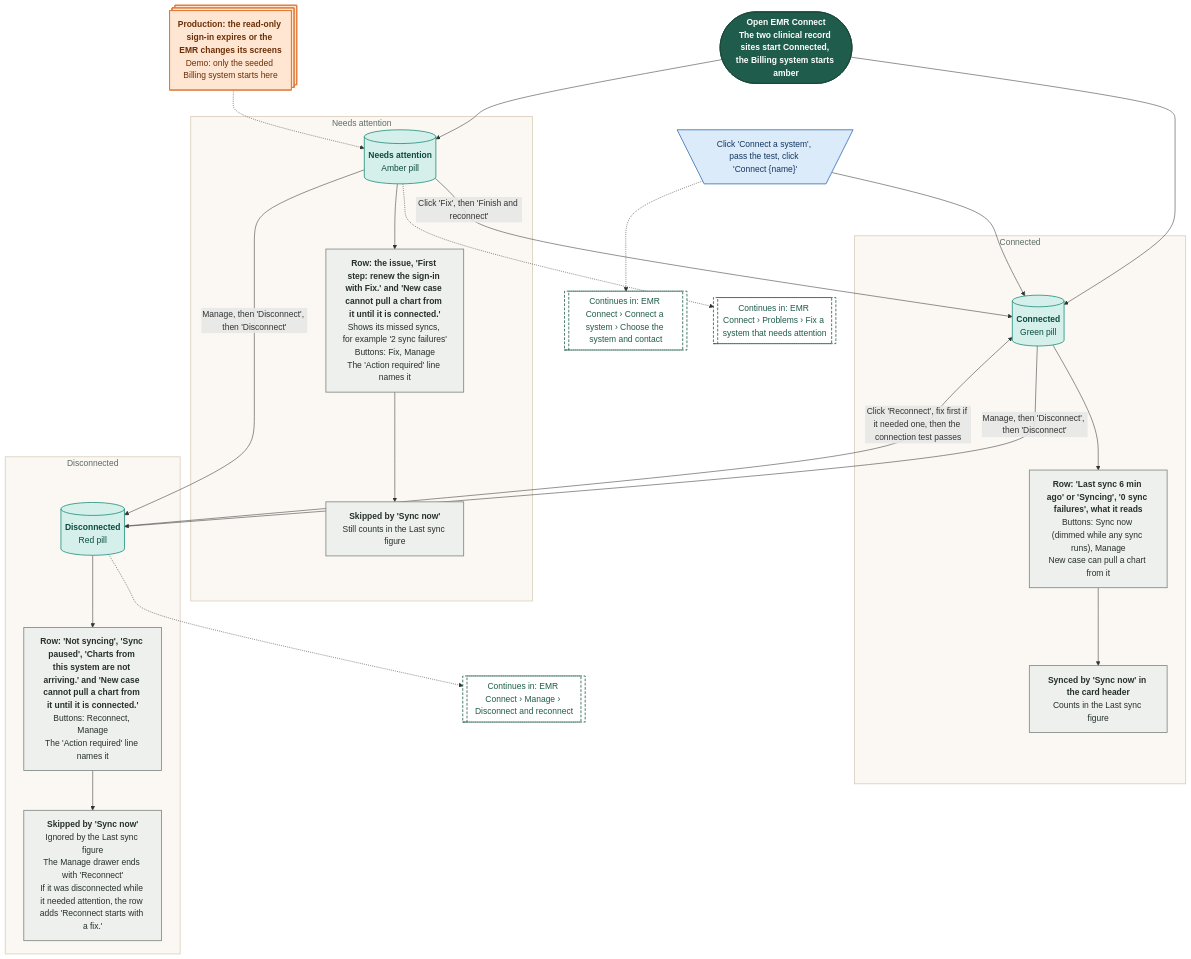
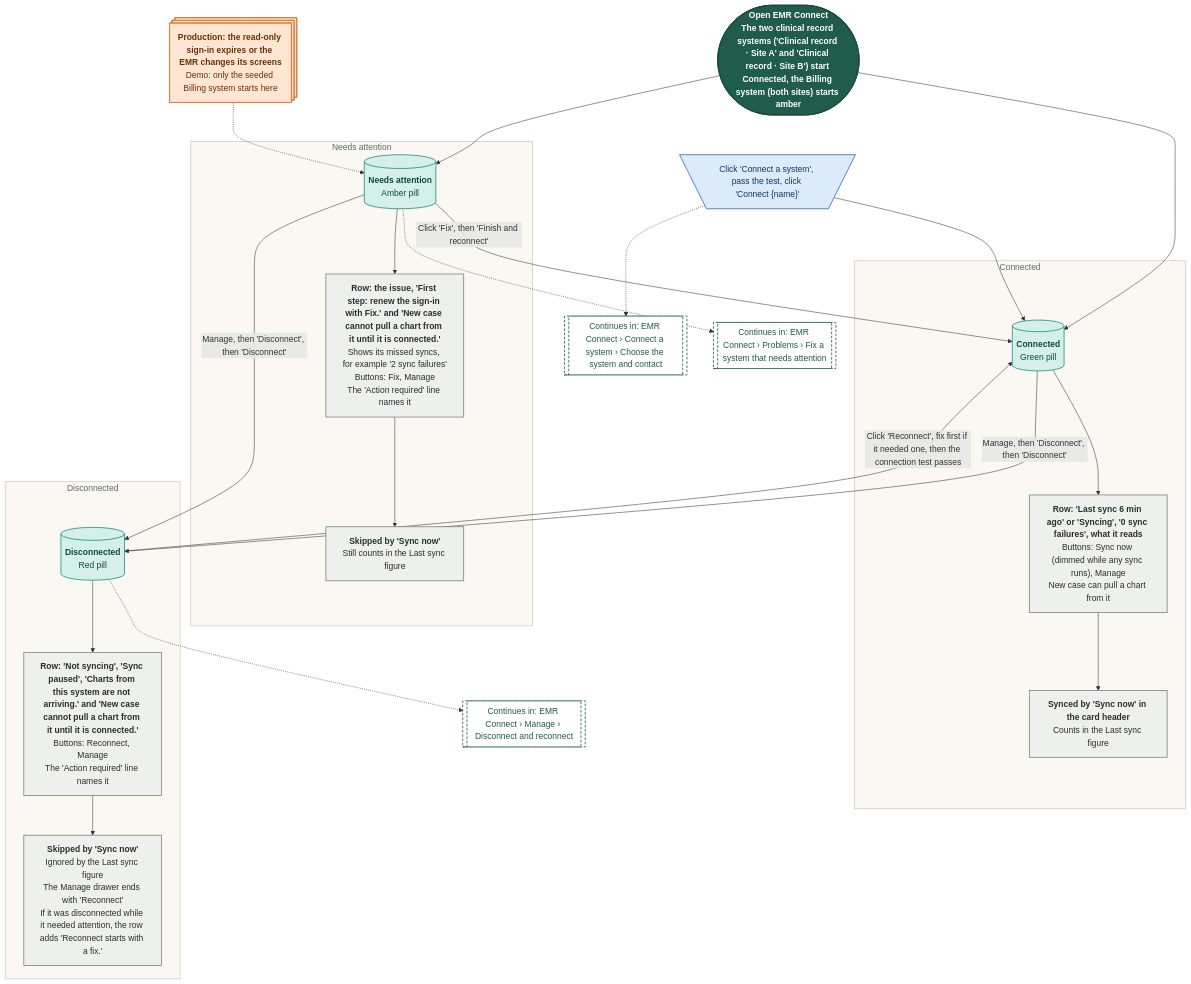
The fourth of 21 diagrams in demos/prior-auth-demo/workflows/out/md/09-emr-connect.md (Shrav143/psyfloapp), drawn with Mermaid before and after one commit. The commit also changed other lines of this file and 251 other files, not shown here.

First line of the commit message:
docs: rebuild the workflow diagrams (291) for round 4

````diff
--- a/demos/prior-auth-demo/workflows/out/md/09-emr-connect.md
+++ b/demos/prior-auth-demo/workflows/out/md/09-emr-connect.md
@@ -196,63 +278,63 @@
 ```mermaid
 %%{init: {"theme":"base","themeVariables":{"fontFamily":"'DM Sans', 'Segoe UI', system-ui, sans-serif","fontSize":"15px","lineColor":"#5B6B63","primaryTextColor":"#1C2B25","clusterBkg":"#FBF8F3","clusterBorder":"#D9CDBB","edgeLabelBackground":"#FFFFFF"},"flowchart":{"curve":"basis","nodeSpacing":36,"rankSpacing":48,"padding":12,"htmlLabels":true,"useMaxWidth":false,"wrappingWidth":230}} }%%
 flowchart TD
   classDef k_start fill:#1F5C4B,stroke:#174638,color:#FFFFFF,stroke-width:1.5px,font-weight:600
   classDef k_end fill:#DDEFE3,stroke:#2E7D4F,color:#14502F,stroke-width:1.5px,font-weight:600
   classDef k_endx fill:#FBE3E0,stroke:#C0392B,color:#7A1F16,stroke-width:1.5px,font-weight:600
   classDef k_screen fill:#FFFDF8,stroke:#1F5C4B,color:#1C2B25,stroke-width:2px
   classDef k_overlay fill:#F1F7F3,stroke:#1F5C4B,color:#1C2B25,stroke-width:2px,stroke-dasharray:5 3
   classDef k_click fill:#DCEBFA,stroke:#2F6DB5,color:#12365F,stroke-width:1.5px
   classDef k_input fill:#E4E7FF,stroke:#4C5FD5,color:#1D2670,stroke-width:1.5px
   classDef k_process fill:#EEF0EE,stroke:#7A857F,color:#26302B,stroke-width:1.5px
   classDef k_agent fill:#EEE5FA,stroke:#7A4FC2,color:#341A63,stroke-width:1.5px
   classDef k_decision fill:#FFF0CC,stroke:#D9962B,color:#5C3B00,stroke-width:1.5px
   classDef k_store fill:#D5F0EA,stroke:#1C8E7B,color:#0B4A3F,stroke-width:1.5px
   classDef k_doc fill:#F6E9DC,stroke:#B07A4C,color:#4A2E14,stroke-width:1.5px
   classDef k_ext fill:#FFE6D2,stroke:#E07B39,color:#6B2F06,stroke-width:1.5px
   classDef k_wait fill:#E4E8EE,stroke:#6B7C93,color:#26303D,stroke-width:1.5px
   classDef k_toast fill:#FFF9DB,stroke:#C9A400,color:#5A4A00,stroke-width:1.5px
   classDef k_goto fill:#FFFFFF,stroke:#1F5C4B,color:#1F5C4B,stroke-width:1.5px,stroke-dasharray:5 3
-  s0@{ shape: stadium, label: "<b>Open EMR Connect</b><br/>The two clinical record sites start Connected, the Billing system starts amber" }
+  s0@{ shape: stadium, label: "<b>Open EMR Connect</b><br/>The two clinical record systems ('Clinical record · Site A' and 'Clinical record · Site B') start Connected, the Billing system (both sites) starts amber" }
   n1@{ shape: trap-t, label: "Click 'Connect a system', pass the test, click 'Connect {name}'" }
   n2@{ shape: st-rect, label: "<b>Production: the read-only sign-in expires or the EMR changes its screens</b><br/>Demo: only the seeded Billing system starts here" }
   subgraph gC ["Connected"]
   sc@{ shape: cyl, label: "<b>Connected</b><br/>Green pill" }
   c1@{ shape: rect, label: "<b>Row: 'Last sync 6 min ago' or 'Syncing', '0 sync failures', what it reads</b><br/>Buttons: Sync now (dimmed while any sync runs), Manage<br/>New case can pull a chart from it" }
   c2@{ shape: rect, label: "<b>Synced by 'Sync now' in the card header</b><br/>Counts in the Last sync figure" }
   end
   subgraph gA ["Needs attention"]
   sa@{ shape: cyl, label: "<b>Needs attention</b><br/>Amber pill" }
   a1@{ shape: rect, label: "<b>Row: the issue, 'First step: renew the sign-in with Fix.' and 'New case cannot pull a chart from it until it is connected.'</b><br/>Shows its missed syncs, for example '2 sync failures'<br/>Buttons: Fix, Manage<br/>The 'Action required' line names it" }
   a2@{ shape: rect, label: "<b>Skipped by 'Sync now'</b><br/>Still counts in the Last sync figure" }
   end
   subgraph gD ["Disconnected"]
   sd@{ shape: cyl, label: "<b>Disconnected</b><br/>Red pill" }
   d1@{ shape: rect, label: "<b>Row: 'Not syncing', 'Sync paused', 'Charts from this system are not arriving.' and 'New case cannot pull a chart from it until it is connected.'</b><br/>Buttons: Reconnect, Manage<br/>The 'Action required' line names it" }
   d2@{ shape: rect, label: "<b>Skipped by 'Sync now'</b><br/>Ignored by the Last sync figure<br/>The Manage drawer ends with 'Reconnect'<br/>If it was disconnected while it needed attention, the row adds 'Reconnect starts with a fix.'" }
   end
   g1@{ shape: subproc, label: "Continues in: EMR Connect › Connect a system › Choose the system and contact" }
   g2@{ shape: subproc, label: "Continues in: EMR Connect › Problems › Fix a system that needs attention" }
   g3@{ shape: subproc, label: "Continues in: EMR Connect › Manage › Disconnect and reconnect" }
   s0 --> sc & sa
   n1 --> sc
   n1 -.-> g1
   n2 -.-> sa
   sc --> c1 --> c2
   sa --> a1 --> a2
   sd --> d1 --> d2
   sa -->|"Click 'Fix', then 'Finish and reconnect'"| sc
   sa -.-> g2
   sc -->|"Manage, then 'Disconnect', then 'Disconnect'"| sd
   sa -->|"Manage, then 'Disconnect', then 'Disconnect'"| sd
   sd -->|"Click 'Reconnect', fix first if it needed one, then the connection test passes"| sc
   sd -.-> g3
   class s0 k_start
   class n1 k_click
   class n2 k_ext
   class sc,sa,sd k_store
   class c1,c2,a1,a2,d1,d2 k_process
   class g1,g2,g3 k_goto
   style gC fill:#FBF8F3,stroke:#D9CDBB,stroke-width:1.5px,color:#5B6B63
   style gA fill:#FBF8F3,stroke:#D9CDBB,stroke-width:1.5px,color:#5B6B63
   style gD fill:#FBF8F3,stroke:#D9CDBB,stroke-width:1.5px,color:#5B6B63
 ```
````
